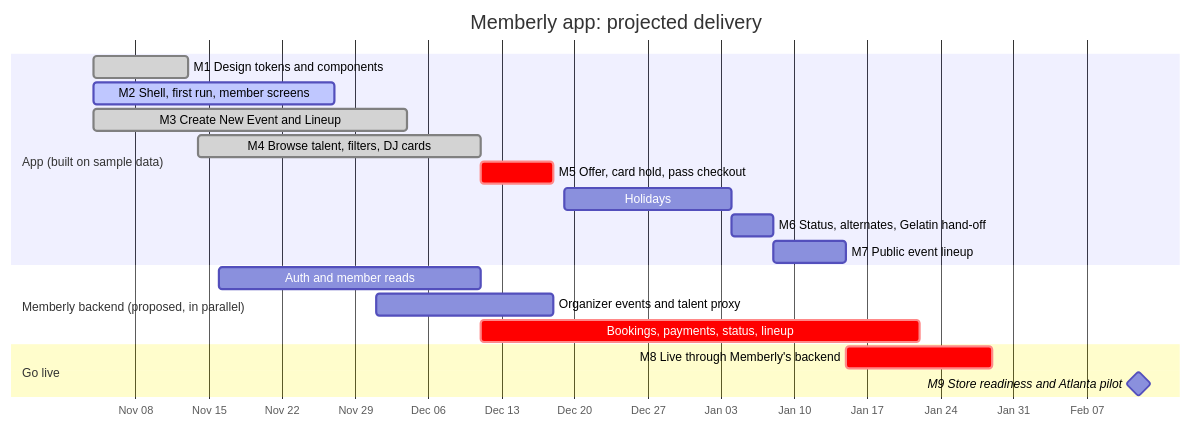
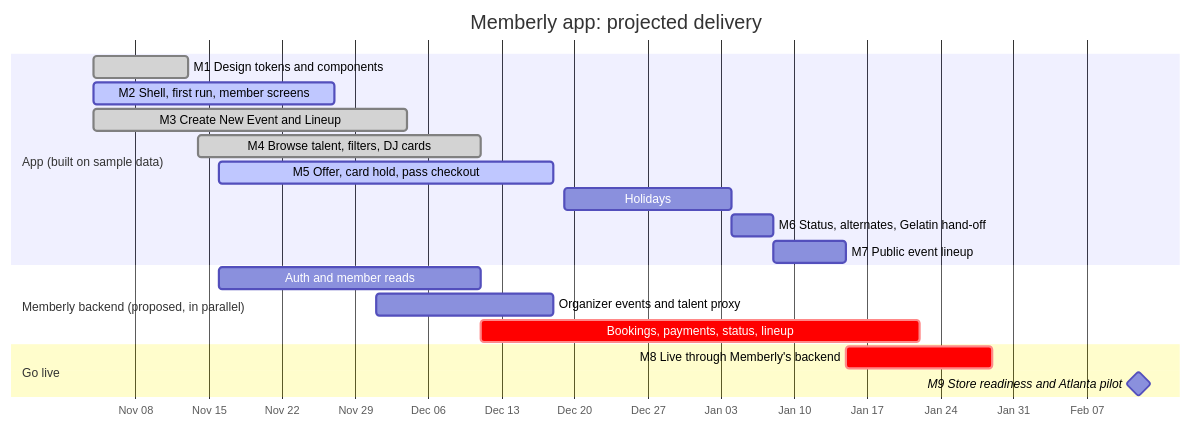
Before and after one commit to gelatinbookings/memberlyapp: the diagram in README.md, drawn with Mermaid. The commit also changed other lines of this file and 66 other files, not shown here.

First line of the commit message:
Add M5: offer review, card hold and native pass checkout

````diff
--- a/README.md
+++ b/README.md
@@ -31,26 +31,26 @@
 ```mermaid
 gantt
     title Memberly app: projected delivery
     dateFormat YYYY-MM-DD
     axisFormat %b %d
     todayMarker stroke-width:3px,stroke:#9333EA
 
     section App (built on sample data)
     M1 Design tokens and components          :done,   m1, 2026-11-04, 2026-11-13
     M2 Shell, first run, member screens      :active, m2, 2026-11-04, 2026-11-27
     M3 Create New Event and Lineup           :done,   m3, 2026-11-04, 2026-12-04
     M4 Browse talent, filters, DJ cards      :done,   m4, 2026-11-14, 2026-12-11
-    M5 Offer, card hold, pass checkout       :crit,   m5, 2026-12-11, 2026-12-18
+    M5 Offer, card hold, pass checkout       :active, m5, 2026-11-16, 2026-12-18
     Holidays                                 :        hol, 2026-12-19, 2027-01-04
     M6 Status, alternates, Gelatin hand-off  :        m6, 2027-01-04, 2027-01-08
     M7 Public event lineup                   :        m7, 2027-01-08, 2027-01-15
 
     section Memberly backend (proposed, in parallel)
     Auth and member reads                    :        b1, 2026-11-16, 2026-12-11
     Organizer events and talent proxy        :        b2, 2026-12-01, 2026-12-18
     Bookings, payments, status, lineup       :crit,   b3, 2026-12-11, 2027-01-22
 
     section Go live
     M8 Live through Memberly's backend       :crit,   m8, 2027-01-15, 2027-01-29
     M9 Store readiness and Atlanta pilot     :milestone, m9, 2027-02-12, 0d
 ```
````
